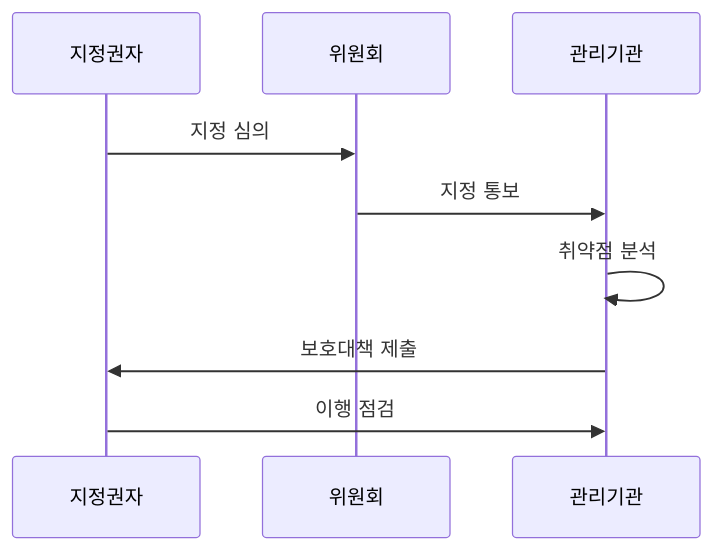
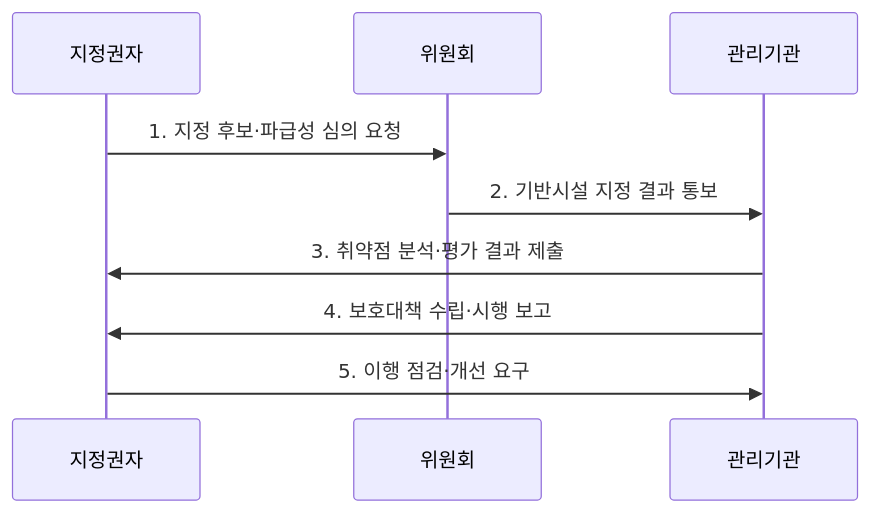
Before and after one commit to agnusdei1207/knowledge-base: the second of 2 diagrams in src/content/docs/notes/07-law-policy/025_critical_infrastructure_protection_act.md, drawn with Mermaid. The commit also changed other lines of this file and 9 other files, not shown here.

````diff
--- a/src/content/docs/notes/07-law-policy/025_critical_infrastructure_protection_act.md
+++ b/src/content/docs/notes/07-law-policy/025_critical_infrastructure_protection_act.md
@@ -78,11 +77,11 @@
 ```mermaid
 sequenceDiagram
     participant 지정권자
     participant 위원회
     participant 관리기관
-    지정권자->>위원회: 지정 심의
-    위원회->>관리기관: 지정 통보
-    관리기관->>관리기관: 취약점 분석
-    관리기관->>지정권자: 보호대책 제출
-    지정권자->>관리기관: 이행 점검
+    지정권자->>위원회: 1. 지정 후보·파급성 심의 요청
+    위원회->>관리기관: 2. 기반시설 지정 결과 통보
+    관리기관->>지정권자: 3. 취약점 분석·평가 결과 제출
+    관리기관->>지정권자: 4. 보호대책 수립·시행 보고
+    지정권자->>관리기관: 5. 이행 점검·개선 요구
 ```
````
